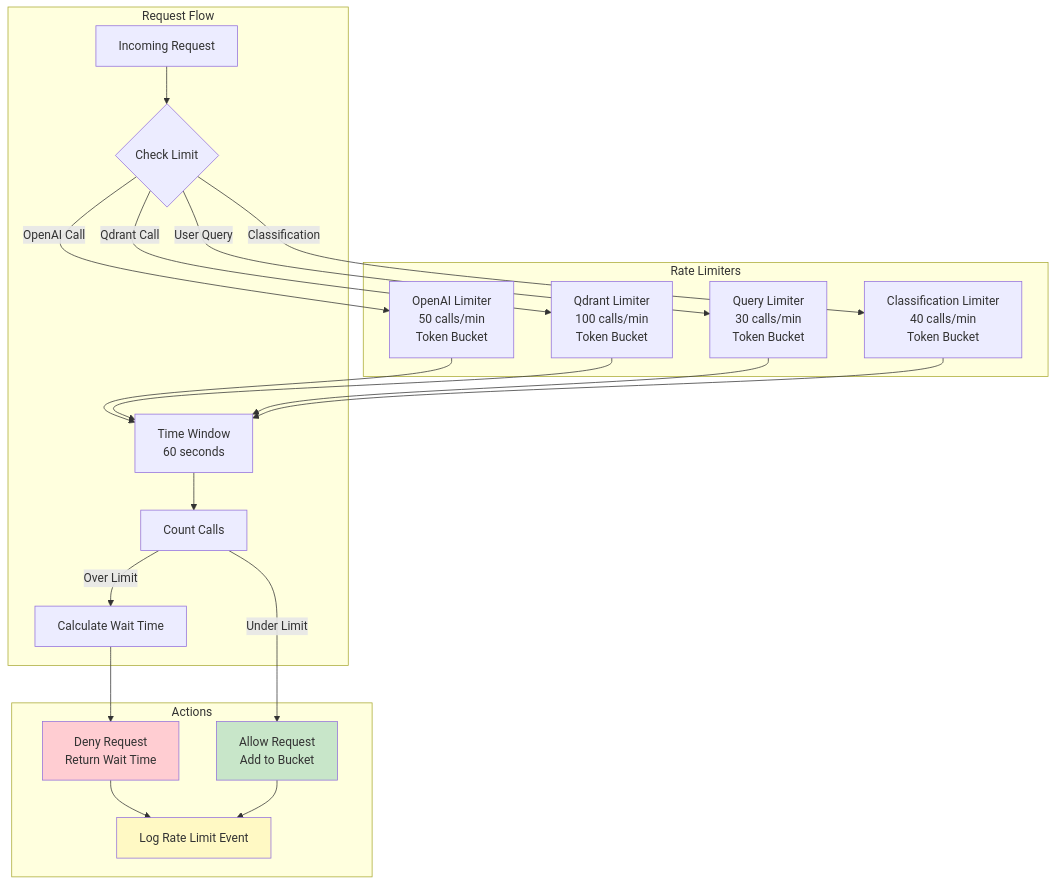
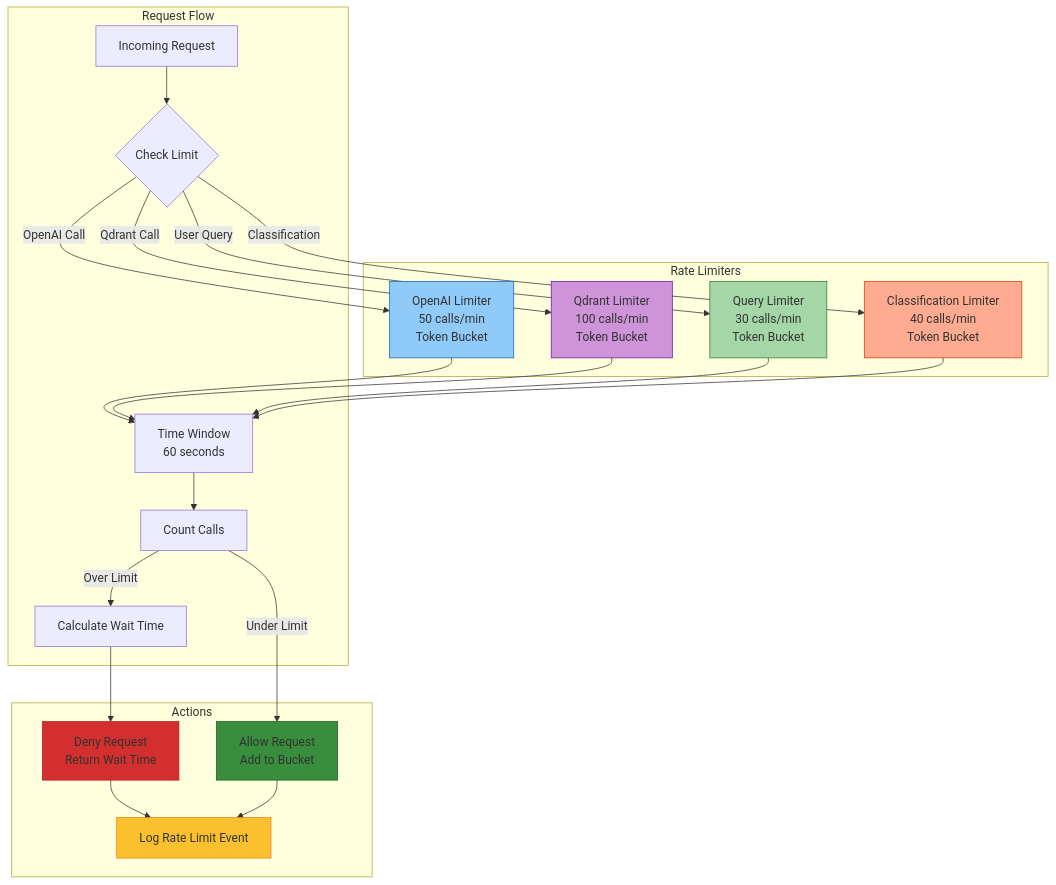
Before and after one commit to kanugurajesh/Architecture: the fifth of 12 diagrams in README.md, drawn with Mermaid. The commit also changed other lines of this file, not shown here.

````diff
--- a/README.md
+++ b/README.md
@@ -253,46 +268,52 @@
 ```mermaid
 graph TB
       subgraph "Rate Limiters"
           OL[OpenAI Limiter<br/>50 calls/min<br/>Token Bucket]
           QL[Qdrant Limiter<br/>100 calls/min<br/>Token Bucket]
           UL[Query Limiter<br/>30 calls/min<br/>Token Bucket]
           CL[Classification Limiter<br/>40 calls/min<br/>Token Bucket]
       end
 
       subgraph "Request Flow"
           R[Incoming Request]
           Check{Check Limit}
           Window[Time Window<br/>60 seconds]
           Count[Count Calls]
           Wait[Calculate Wait Time]
       end
 
       subgraph "Actions"
           Allow[Allow Request<br/>Add to Bucket]
           Deny[Deny Request<br/>Return Wait Time]
           Log[Log Rate Limit Event]
       end
 
       R --> Check
       Check --> |OpenAI Call| OL
       Check --> |Qdrant Call| QL
       Check --> |User Query| UL
       Check --> |Classification| CL
 
       OL --> Window
       QL --> Window
       UL --> Window
       CL --> Window
 
       Window --> Count
       Count --> |Under Limit| Allow
       Count --> |Over Limit| Wait
       Wait --> Deny
 
       Deny --> Log
       Allow --> Log
 
-      style Allow fill:#c8e6c9
-      style Deny fill:#ffcdd2
-      style Log fill:#fff9c4
+      %% Improved contrast colors
+      style Allow fill:#388E3C,fontColor:#ffffff,stroke:#1B5E20
+      style Deny fill:#D32F2F,fontColor:#ffffff,stroke:#B71C1C
+      style Log fill:#FBC02D,fontColor:#000000,stroke:#F57F17
+
+      style OL fill:#90CAF9,stroke:#1565C0
+      style QL fill:#CE93D8,stroke:#6A1B9A
+      style UL fill:#A5D6A7,stroke:#2E7D32
+      style CL fill:#FFAB91,stroke:#D84315
 ```
````
